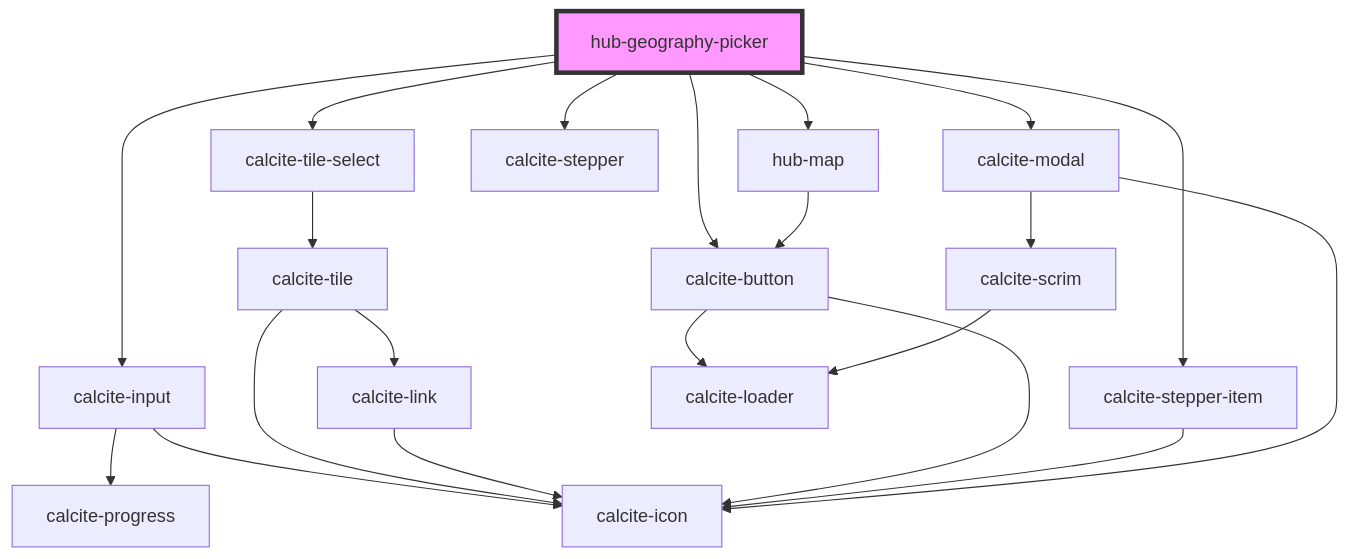
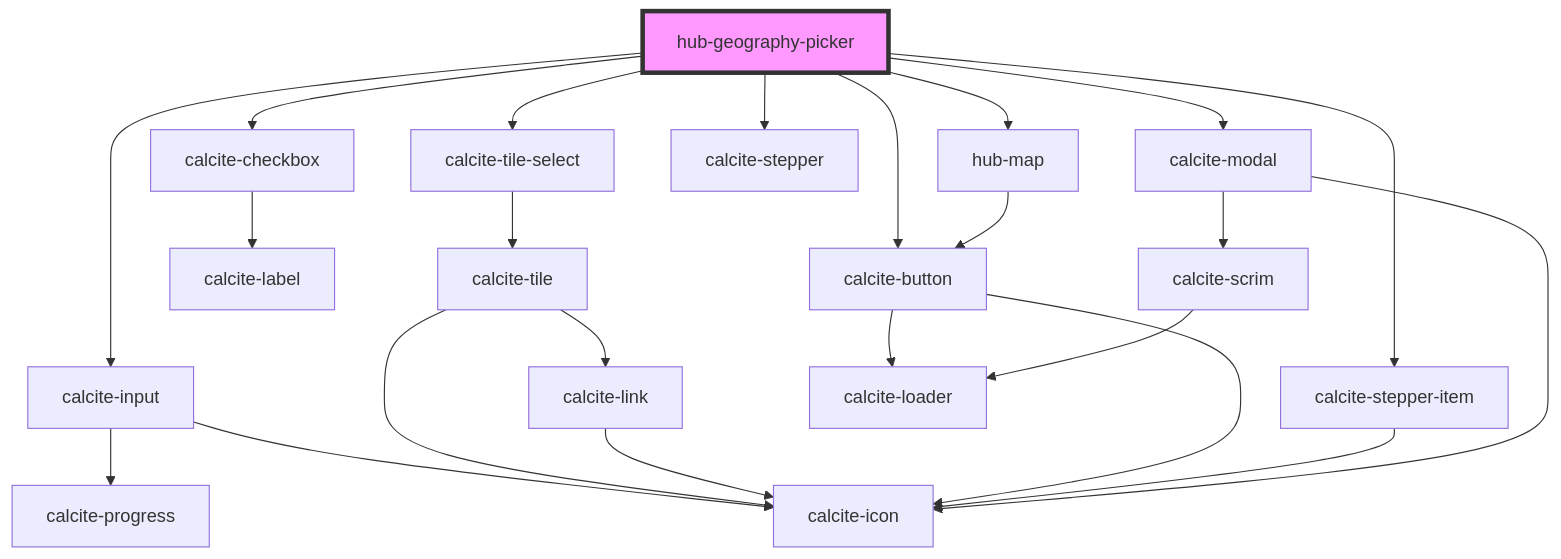
Before and after one commit to esridc/hub-components-experiments: the diagram in src/components/presentation/hub-geography-picker/readme.md, drawn with Mermaid. The commit also changed other lines of this file and 5 other files, not shown here.

Commit message:
Added geography picker prototyping

````diff
--- a/src/components/presentation/hub-geography-picker/readme.md
+++ b/src/components/presentation/hub-geography-picker/readme.md
@@ -31,24 +32,26 @@
 ```mermaid
 graph TD;
   hub-geography-picker --> calcite-input
+  hub-geography-picker --> calcite-checkbox
   hub-geography-picker --> calcite-tile-select
   hub-geography-picker --> hub-map
   hub-geography-picker --> calcite-stepper
   hub-geography-picker --> calcite-stepper-item
   hub-geography-picker --> calcite-modal
   hub-geography-picker --> calcite-button
   calcite-input --> calcite-progress
   calcite-input --> calcite-icon
+  calcite-checkbox --> calcite-label
   calcite-tile-select --> calcite-tile
   calcite-tile --> calcite-icon
   calcite-tile --> calcite-link
   calcite-link --> calcite-icon
   hub-map --> calcite-button
   calcite-button --> calcite-loader
   calcite-button --> calcite-icon
   calcite-stepper-item --> calcite-icon
   calcite-modal --> calcite-scrim
   calcite-modal --> calcite-icon
   calcite-scrim --> calcite-loader
   style hub-geography-picker fill:#f9f,stroke:#333,stroke-width:4px
 ```
````
